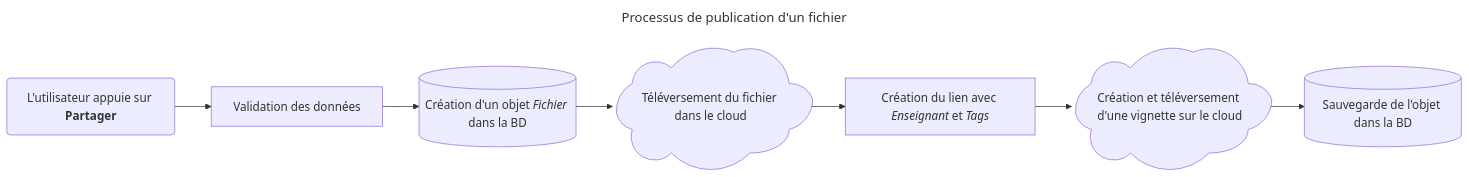
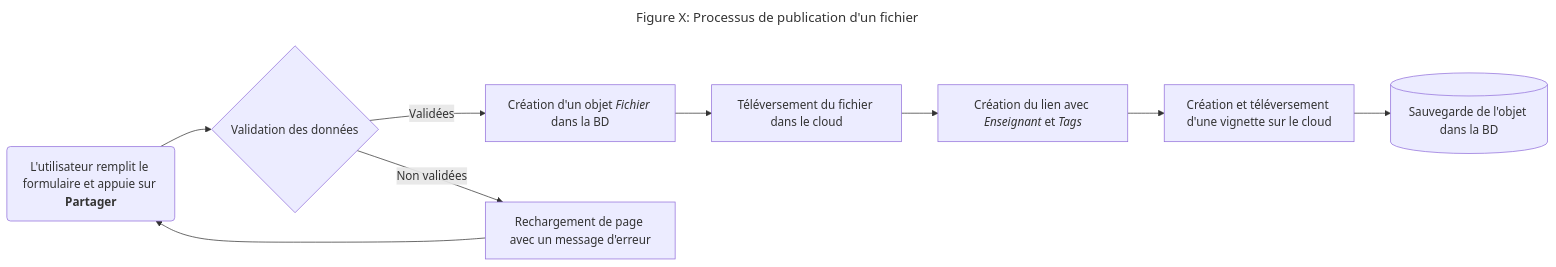
Before and after one commit to Zbebz/caverne-dAli-baba: the second of 4 diagrams in rapport.md, drawn with Mermaid. The commit also changed other lines of this file, not shown here.

Commit message:
(rapport) Edited Publication des fihciers subchapter

````diff
--- a/rapport.md
+++ b/rapport.md
@@ -167,7 +205,8 @@
 ```mermaid
 ---
-title: Processus de publication d'un fichier
+title: "Figure X: Processus de publication d'un fichier"
 ---
 flowchart LR
-id1("`L'utilisateur appuie sur **Partager**`")-->id2[Validation des données]-->id3[("`Création d'un objet *Fichier* dans la BD`")]-->id4@{ shape: cloud, label: "Téléversement du fichier dans le cloud" }-->id5["`Création du lien avec *Enseignant* et *Tags*`" ]-->id6@{ shape: cloud, label: "Création et téléversement d'une vignette sur le cloud" }-->id7[("`Sauvegarde de l'objet dans la BD`")]
+id1("`L'utilisateur remplit le formulaire et appuie sur **Partager**`")-->id2{Validation des données}-->|Validées|id3["`Création d'un objet *Fichier* dans la BD`"]-->id4["Téléversement du fichier dans le cloud"]-->id5["`Création du lien avec *Enseignant* et *Tags*`" ]-->id6["Création et téléversement d'une vignette sur le cloud"]-->id7[("`Sauvegarde de l'objet dans la BD`")]
+id2-->|Non validées|id8[Rechargement de page avec un message d'erreur]-->id1
 ```
````
